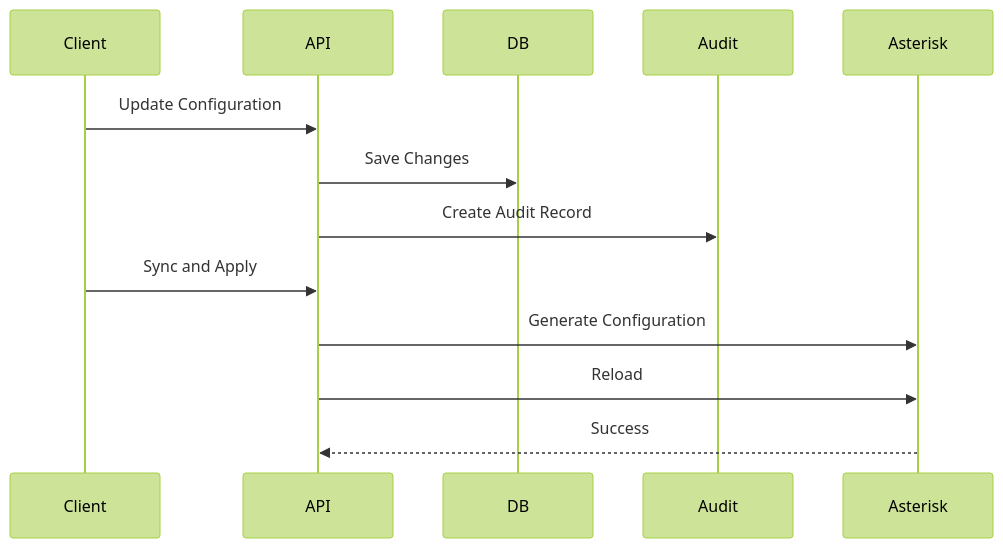
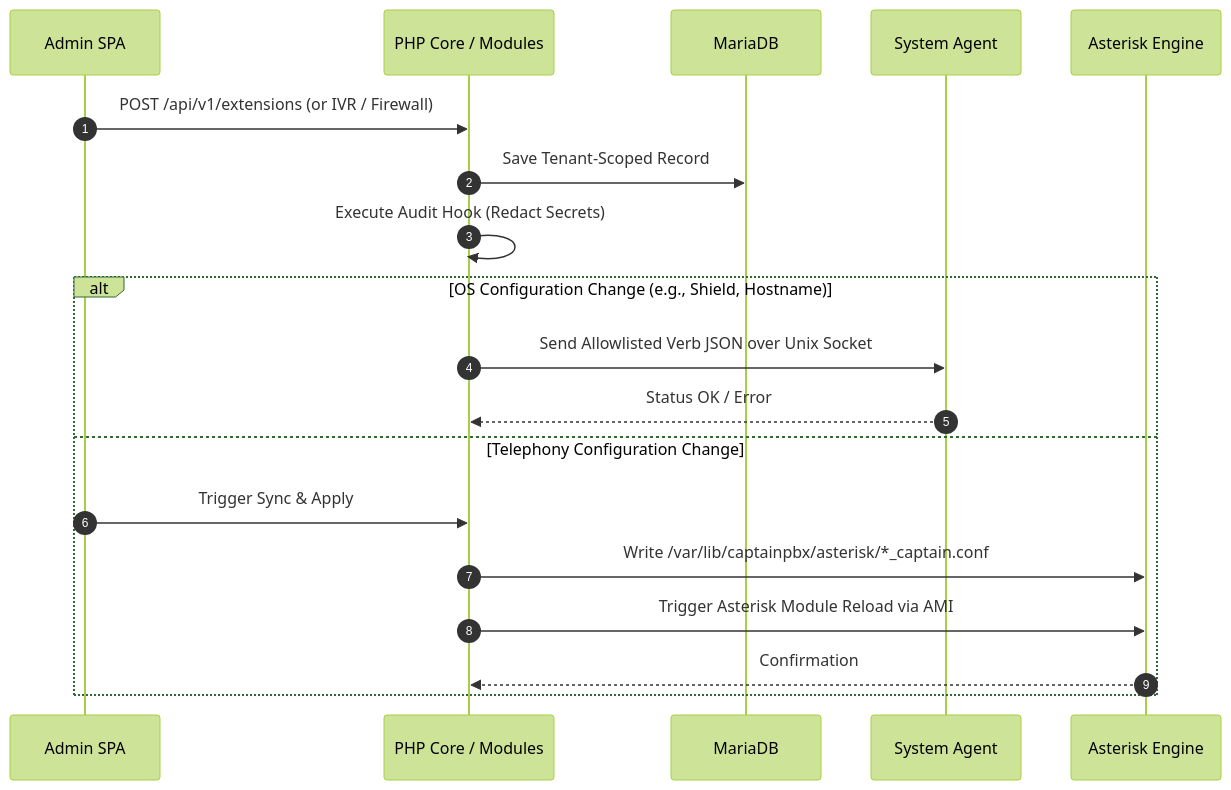
Before and after one commit to captainpbx/captainpbx-docs: the third of 7 diagrams in architecture.md, drawn with Mermaid (forest theme). The commit also changed other lines of this file and 3 other files, not shown here.

````diff
--- a/architecture.md
+++ b/architecture.md
@@ -259,20 +104,23 @@
 ```mermaid
 sequenceDiagram
+  autonumber
+  participant UI as Admin SPA
+  participant API as PHP Core / Modules
+  participant DB as MariaDB
+  participant Ag as System Agent
+  participant Ast as Asterisk Engine
 
-  participant Client
-  participant API
-  participant DB
-  participant Audit
-  participant Asterisk
-
-  Client->>API: Update Configuration
-  API->>DB: Save Changes
-  API->>Audit: Create Audit Record
-
-  Client->>API: Sync and Apply
-
-  API->>Asterisk: Generate Configuration
-  API->>Asterisk: Reload
-
-  Asterisk-->>API: Success
+  UI->>API: POST /api/v1/extensions (or IVR / Firewall)
+  API->>DB: Save Tenant-Scoped Record
+  API->>API: Execute Audit Hook (Redact Secrets)
+  
+  alt OS Configuration Change (e.g., Shield, Hostname)
+    API->>Ag: Send Allowlisted Verb JSON over Unix Socket
+    Ag-->>API: Status OK / Error
+  else Telephony Configuration Change
+    UI->>API: Trigger Sync & Apply
+    API->>Ast: Write /var/lib/captainpbx/asterisk/*_captain.conf
+    API->>Ast: Trigger Asterisk Module Reload via AMI
+    Ast-->>API: Confirmation
+  end
 ```
````
